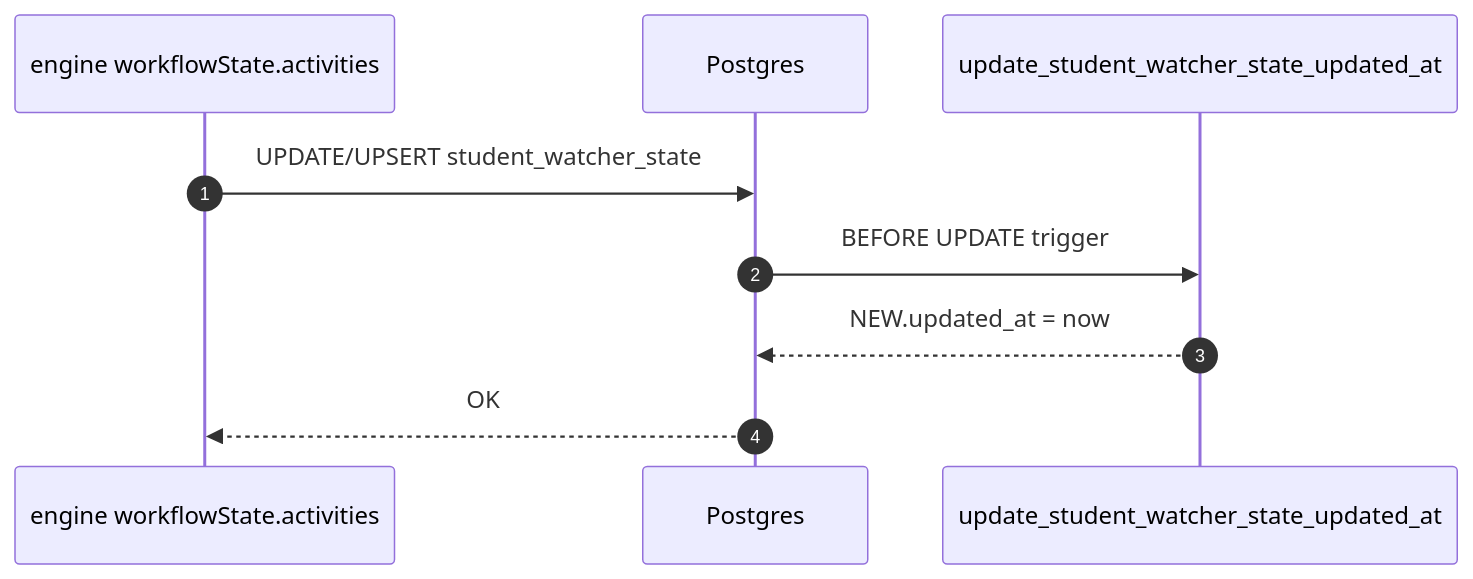
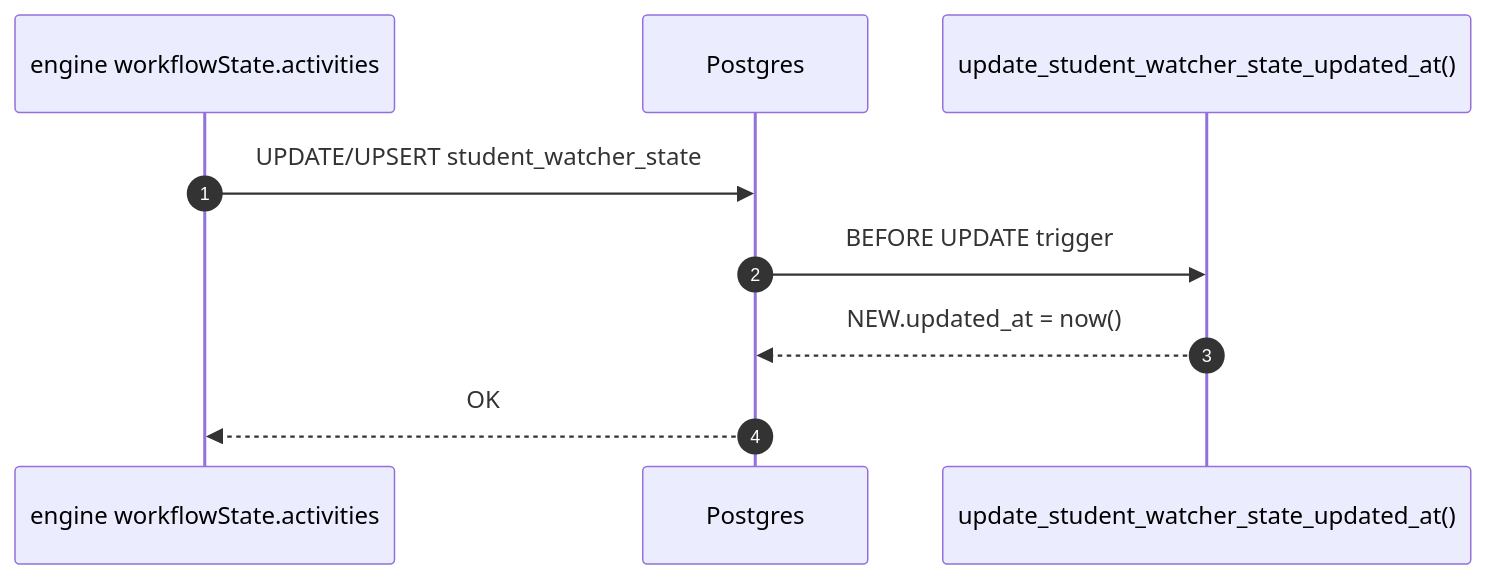
One commit to DormWay/mintlify-docs changed diagram 16 of 23 in docs/engineering/architecture/how-dormway-works.mdx. Above: the diagram before and after it, drawn with Mermaid. The commit also changed other lines of this file and 26 other files, not shown here.

````diff
--- a/docs/engineering/architecture/how-dormway-works.mdx
+++ b/docs/engineering/architecture/how-dormway-works.mdx
@@ -826,12 +826,12 @@
 ```mermaid
 sequenceDiagram
   autonumber
   participant Engine as engine workflowState.activities
   participant DB as Postgres
-  participant Trigger as update_student_watcher_state_updated_at
+  participant Trigger as update_student_watcher_state_updated_at()
 
   Engine->>DB: UPDATE/UPSERT student_watcher_state
   DB->>Trigger: BEFORE UPDATE trigger
-  Trigger-->>DB: NEW.updated_at = now
+  Trigger-->>DB: NEW.updated_at = now()
   DB-->>Engine: OK
 ```
````
